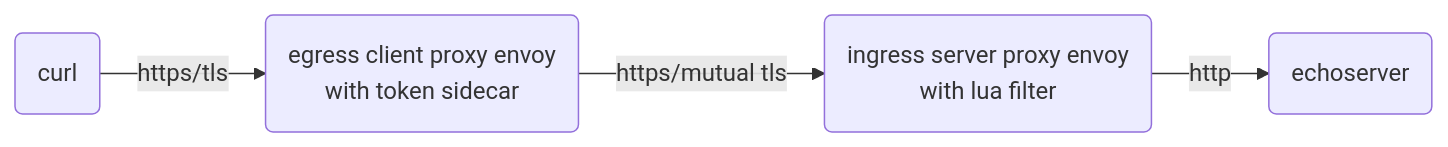
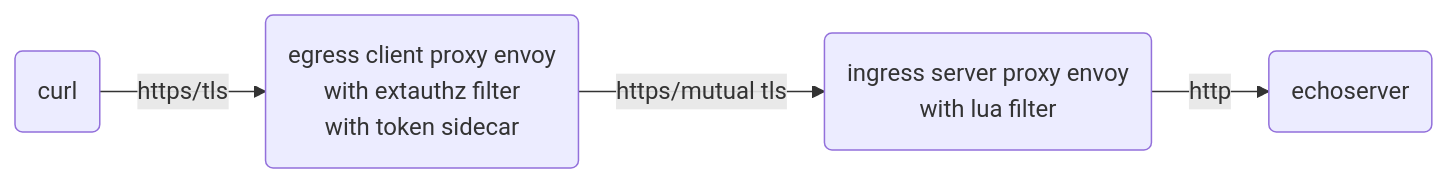
One commit to ctyano/athenz-distribution changed the eighth of 15 diagrams in docs/ENVOY.md. Above: the diagram before and after it, drawn with Mermaid. The commit also changed other lines of this file, not shown here.

````diff
--- a/docs/ENVOY.md
+++ b/docs/ENVOY.md
@@ -146,4 +146,4 @@
 ```mermaid
 flowchart LR
-A(curl) -->|https/tls| B(egress client proxy envoy\nwith token sidecar) -->|https/mutual tls| C(ingress server proxy envoy\nwith lua filter) -->|http| D(echoserver)
+A(curl) -->|https/tls| B(egress client proxy envoy\nwith extauthz filter\nwith token sidecar) -->|https/mutual tls| C(ingress server proxy envoy\nwith lua filter) -->|http| D(echoserver)
 ```
````
